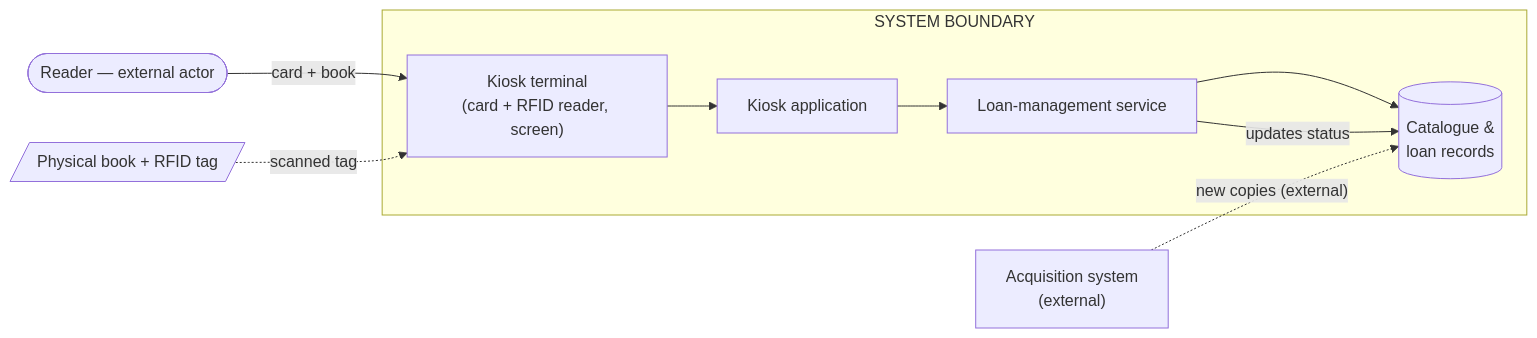
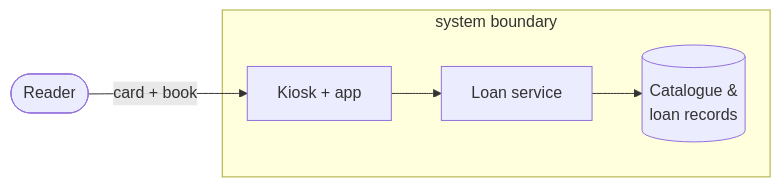
Before and after one commit to auryxn/sdc-homework-3: the first of 2 diagrams in soft-engineering/sse-task-1-model-system-basic-concepts/README.md, drawn with Mermaid. The commit also changed other lines of this file and 17 other files, not shown here.

Commit message:
SSE Task 1: trim to student-scale solution (README + 2 diagrams, no code/assets)

````diff
--- a/soft-engineering/sse-task-1-model-system-basic-concepts/README.md
+++ b/soft-engineering/sse-task-1-model-system-basic-concepts/README.md
@@ -61,23 +29,11 @@
 ```mermaid
 flowchart LR
-    Reader([Reader — external actor])
-    Kiosk["Kiosk terminal\n(card + RFID reader, screen)"]
-    App["Kiosk application"]
-    Svc["Loan-management service"]
-    DB[("Catalogue &\nloan records")]
-    Book[/Physical book + RFID tag/]
-    Acq["Acquisition system\n(external)"]
-
-    Reader -->|"card + book"| Kiosk
-    Kiosk --> App --> Svc --> DB
-    Svc -->|"updates status"| DB
-    Book -.->|"scanned tag"| Kiosk
-    Acq -.->|"new copies (external)"| DB
-
-    subgraph SystemBoundary["SYSTEM BOUNDARY"]
+    Reader([Reader]) -->|card + book| Kiosk["Kiosk + app"]
+    Kiosk --> Svc["Loan service"]
+    Svc --> DB[("Catalogue &\nloan records")]
+    subgraph SystemBoundary["system boundary"]
         Kiosk
-        App
         Svc
         DB
     end
 ```
````
